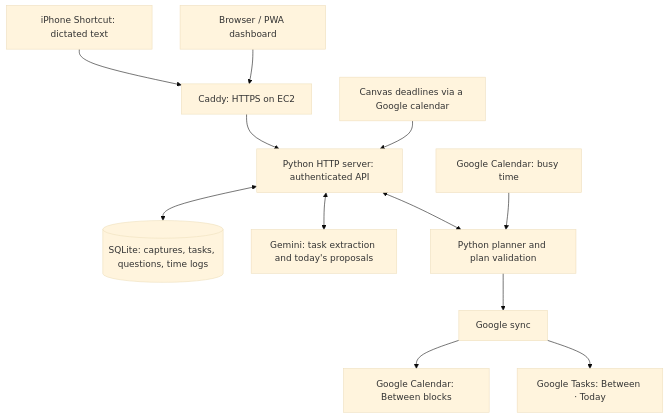
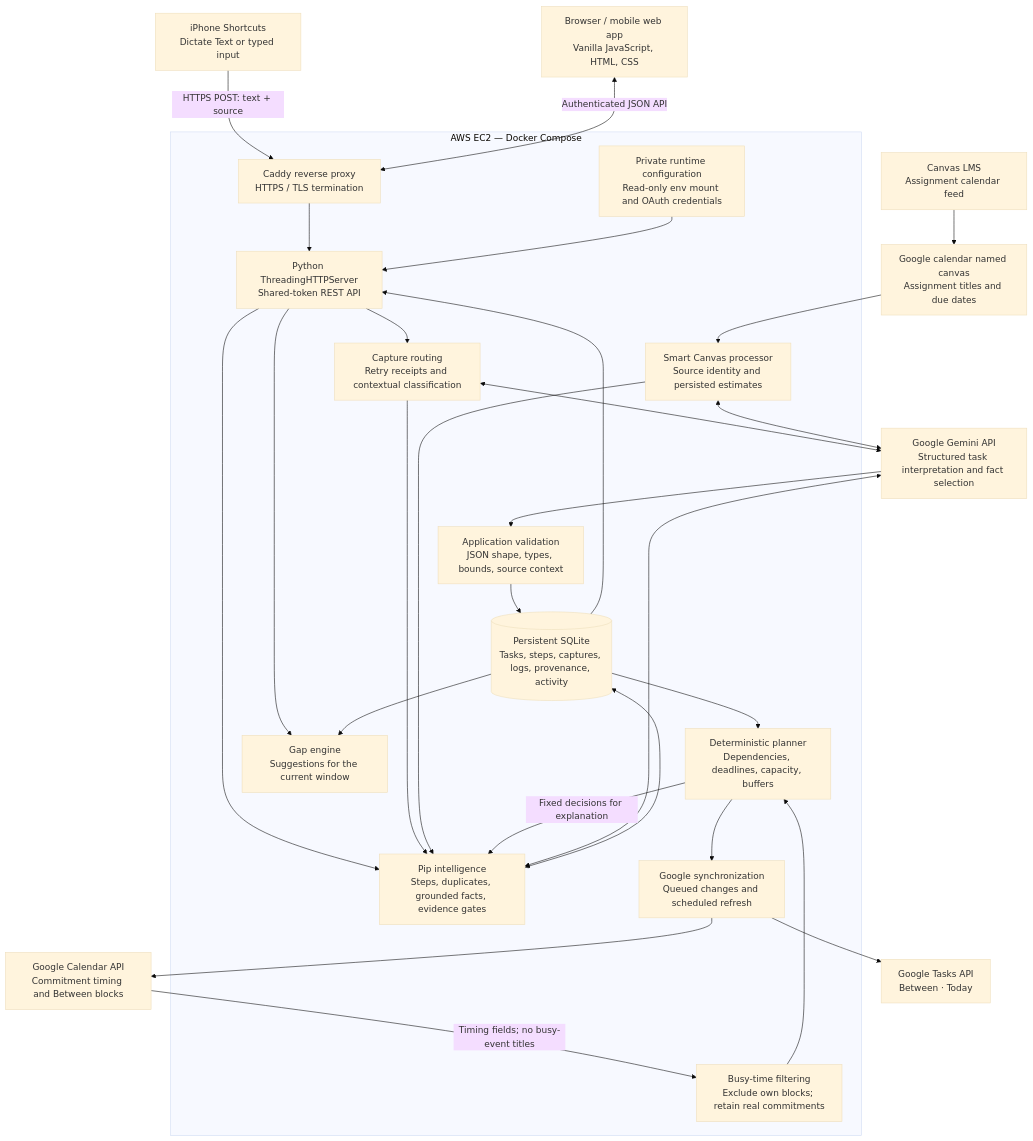
One commit to rebelrocket0/between changed the diagram in README.md. Above: the diagram before and after it, drawn with Mermaid (base theme). The commit also changed other lines of this file and 14 other files, not shown here.

````diff
--- a/README.md
+++ b/README.md
@@ -66,14 +64,51 @@
 ```mermaid
-flowchart TD
-    Phone["iPhone Shortcut: dictated text"] --> HTTPS["Caddy: HTTPS on EC2"]
-    Web["Browser / PWA dashboard"] --> HTTPS
-    HTTPS --> API["Python HTTP server: authenticated API"]
-    API <--> DB[("SQLite: captures, tasks, questions, time logs")]
-    API <--> Gemini["Gemini: task extraction and today's proposals"]
-    Calendar["Google Calendar: busy time"] --> Planner["Python planner and plan validation"]
-    Canvas["Canvas deadlines via a Google calendar"] --> API
-    API <--> Planner
-    Planner --> Sync["Google sync"]
-    Sync --> Blocks["Google Calendar: Between blocks"]
-    Sync --> Tasks["Google Tasks: Between · Today"]
+flowchart TB
+    Phone["iPhone Shortcuts<br/>Dictate Text or typed input"]
+    Browser["Browser / mobile web app<br/>Vanilla JavaScript, HTML, CSS"]
+    Canvas["Canvas LMS<br/>Assignment calendar feed"]
+    Feed["Google calendar named canvas<br/>Assignment titles and due dates"]
+    GoogleCal["Google Calendar API<br/>Commitment timing and Between blocks"]
+    GoogleTasks["Google Tasks API<br/>Between · Today"]
+    Gemini["Google Gemini API<br/>Structured task interpretation and fact selection"]
+
+    subgraph EC2["AWS EC2 — Docker Compose"]
+        Caddy["Caddy reverse proxy<br/>HTTPS / TLS termination"]
+        API["Python ThreadingHTTPServer<br/>Shared-token REST API"]
+        Capture["Capture routing<br/>Retry receipts and contextual classification"]
+        Import["Smart Canvas processor<br/>Source identity and persisted estimates"]
+        Intelligence["Pip intelligence<br/>Steps, duplicates, grounded facts, evidence gates"]
+        Validate["Application validation<br/>JSON shape, types, bounds, source context"]
+        Gaps["Busy-time filtering<br/>Exclude own blocks; retain real commitments"]
+        Planner["Deterministic planner<br/>Dependencies, deadlines, capacity, buffers"]
+        Window["Gap engine<br/>Suggestions for the current window"]
+        Sync["Google synchronization<br/>Queued changes and scheduled refresh"]
+        DB[("Persistent SQLite<br/>Tasks, steps, captures, logs, provenance, activity")]
+        Config["Private runtime configuration<br/>Read-only env mount and OAuth credentials"]
+    end
+
+    Phone -->|"HTTPS POST: text + source"| Caddy
+    Browser <-->|"Authenticated JSON API"| Caddy
+    Caddy --> API
+    API --> Capture
+    API --> Intelligence
+    API --> Window
+    Canvas --> Feed --> Import
+    Capture <--> Gemini
+    Import <--> Gemini
+    Intelligence <--> Gemini
+    Gemini --> Validate
+    Validate --> DB
+    Capture --> Intelligence
+    Import --> Intelligence
+    Intelligence <--> DB
+    Config --> API
+    GoogleCal -->|"Timing fields; no busy-event titles"| Gaps
+    Gaps --> Planner
+    DB --> Planner
+    DB --> Window
+    Planner -->|"Fixed decisions for explanation"| Intelligence
+    Planner --> Sync
+    Sync --> GoogleCal
+    Sync --> GoogleTasks
+    DB --> API
 ```
````
